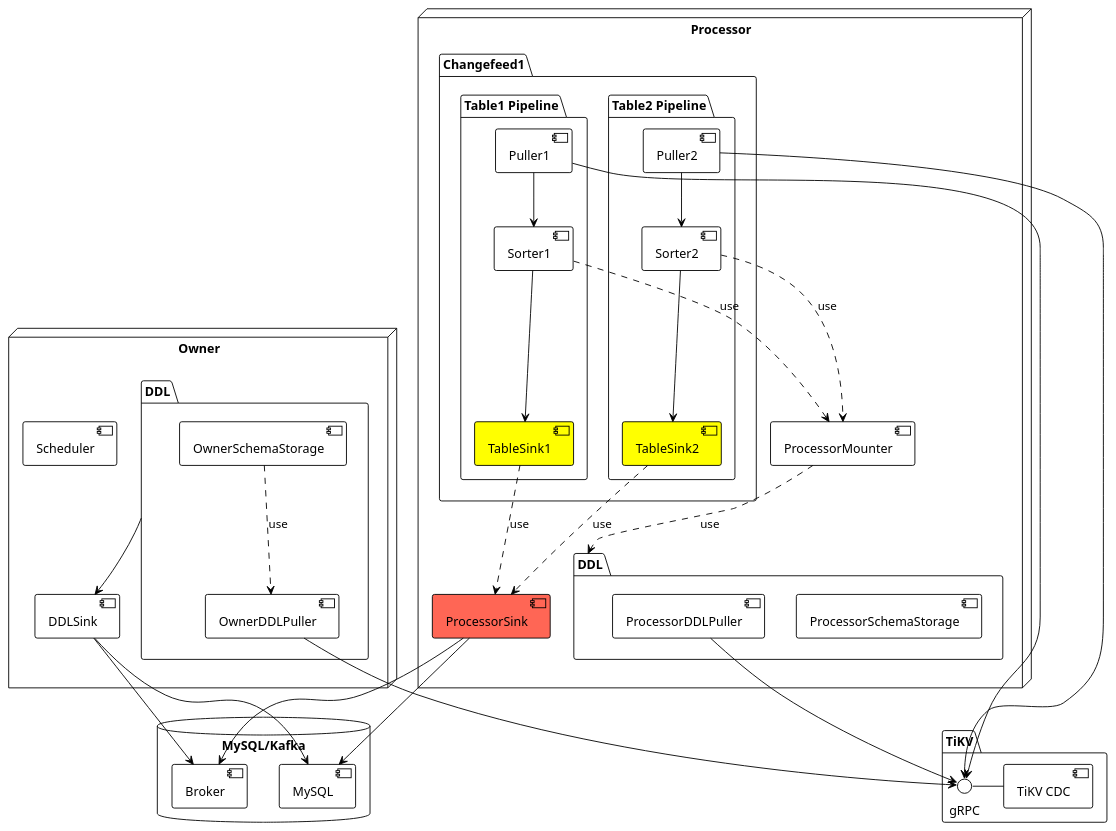
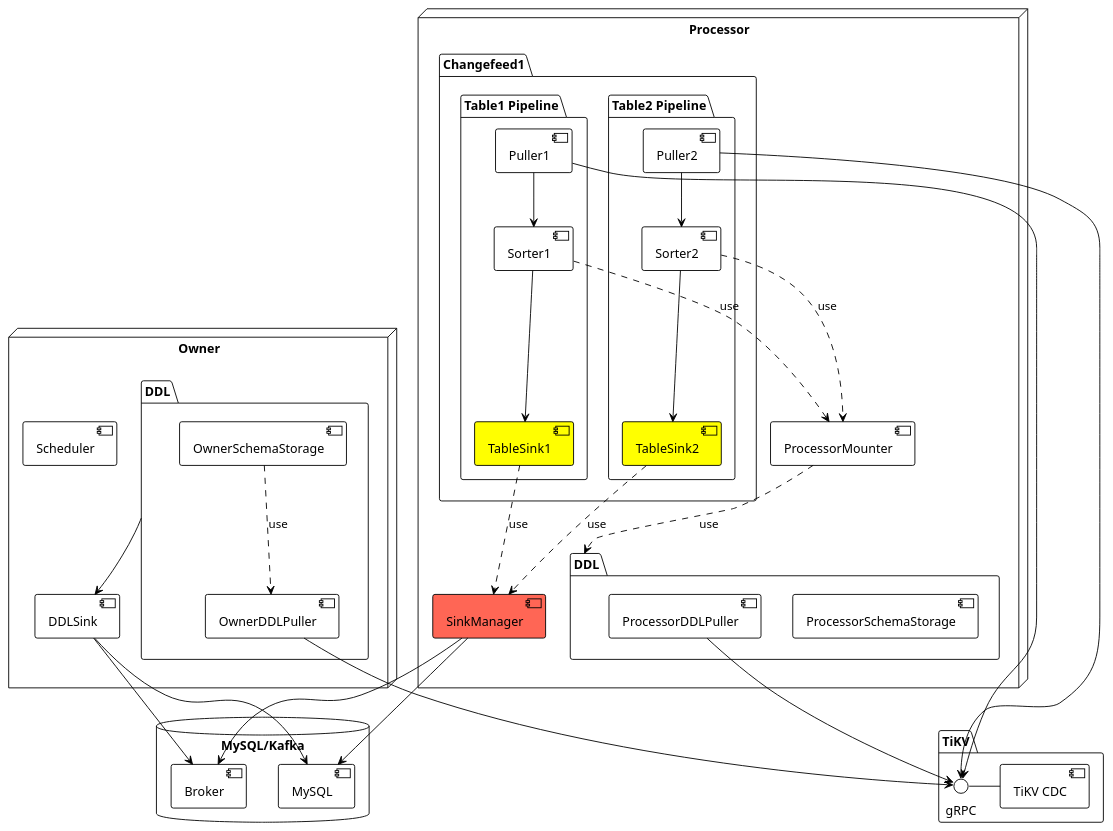
One commit to 0xPoe/talks changed the first of 13 diagrams in ticdc-new-sink.slide/slides.md. Above: the diagram before and after it, drawn with PlantUML. The commit also changed other lines of this file, not shown here.

````diff
--- a/ticdc-new-sink.slide/slides.md
+++ b/ticdc-new-sink.slide/slides.md
@@ -179,59 +179,59 @@
 ```plantuml {scale: 0.8}
 @startuml
 !theme plain
 package "TiKV" {
   gRPC - [TiKV CDC]
 }
 
 node "Owner" {
   [Scheduler]
   [DDLSink]
   package "DDL" as DDL1 {
     [OwnerSchemaStorage]
     [OwnerDDLPuller] --> [gRPC]
   }
 }
 
 node "Processor" {
   [ProcessorMounter]
-  [ProcessorSink] #FF6655
+  [SinkManager] #FF6655
   package "DDL" as DDL2 {
     [ProcessorSchemaStorage]
     [ProcessorDDLPuller] --> [gRPC]
   }
   package "Changefeed1" {
     package "Table1 Pipeline" {
       [Puller1] --> [gRPC]
       [Sorter1]
       [TableSink1] #Yellow
     }
     package "Table2 Pipeline" {
       [Puller2] --> [gRPC]
       [Sorter2]
       [TableSink2] #Yellow
     }
   }
 }
 
 database "MySQL/Kafka" {
   [MySQL]
   [Broker]
 }
 
 [DDLSink] --> [MySQL]
 [DDLSink] --> [Broker]
 DDL1 --> [DDLSink]
 [OwnerSchemaStorage] ..> [OwnerDDLPuller] : use
-[ProcessorSink] --> [MySQL]
-[ProcessorSink] --> [Broker]
+[SinkManager] --> [MySQL]
+[SinkManager] --> [Broker]
 [Sorter1] ..> [ProcessorMounter] : use
 [Sorter2] ..> [ProcessorMounter] : use
-[TableSink1] ..> [ProcessorSink] : use
-[TableSink2] ..> [ProcessorSink] : use
+[TableSink1] ..> [SinkManager] : use
+[TableSink2] ..> [SinkManager] : use
 [ProcessorMounter] ..> DDL2 : use
 [Puller1] --> [Sorter1]
 [Sorter1] --> [TableSink1]
 [Puller2] --> [Sorter2]
 [Sorter2] --> [TableSink2]
 @enduml
 ```
````
